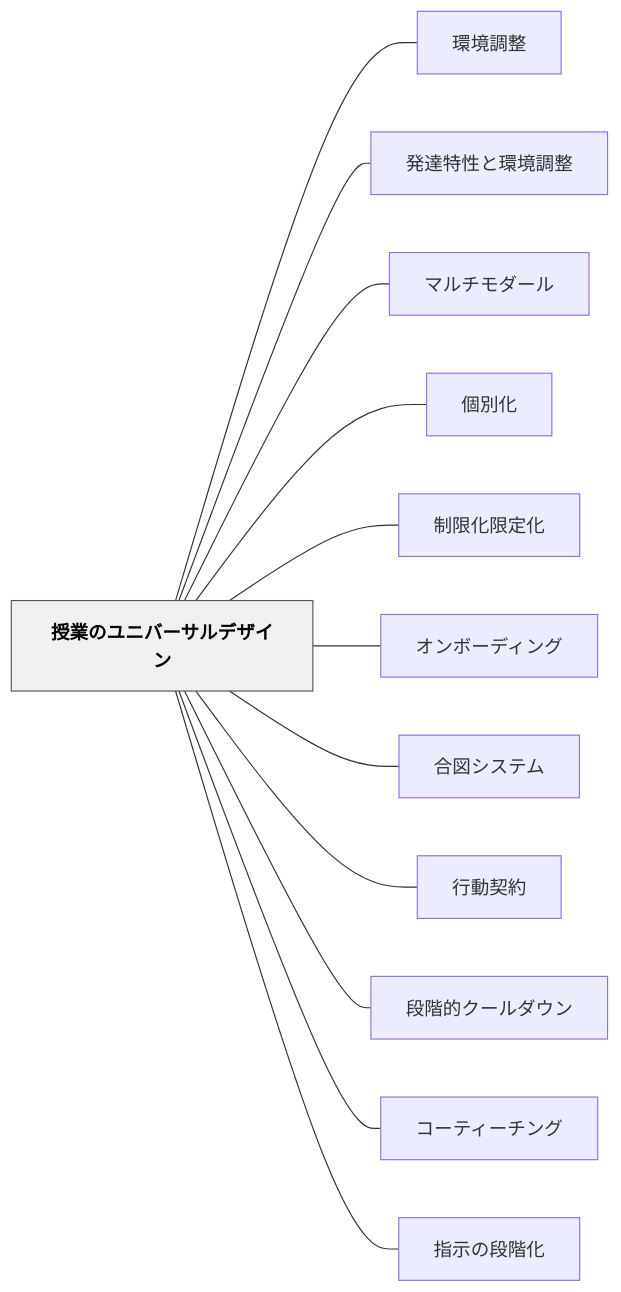
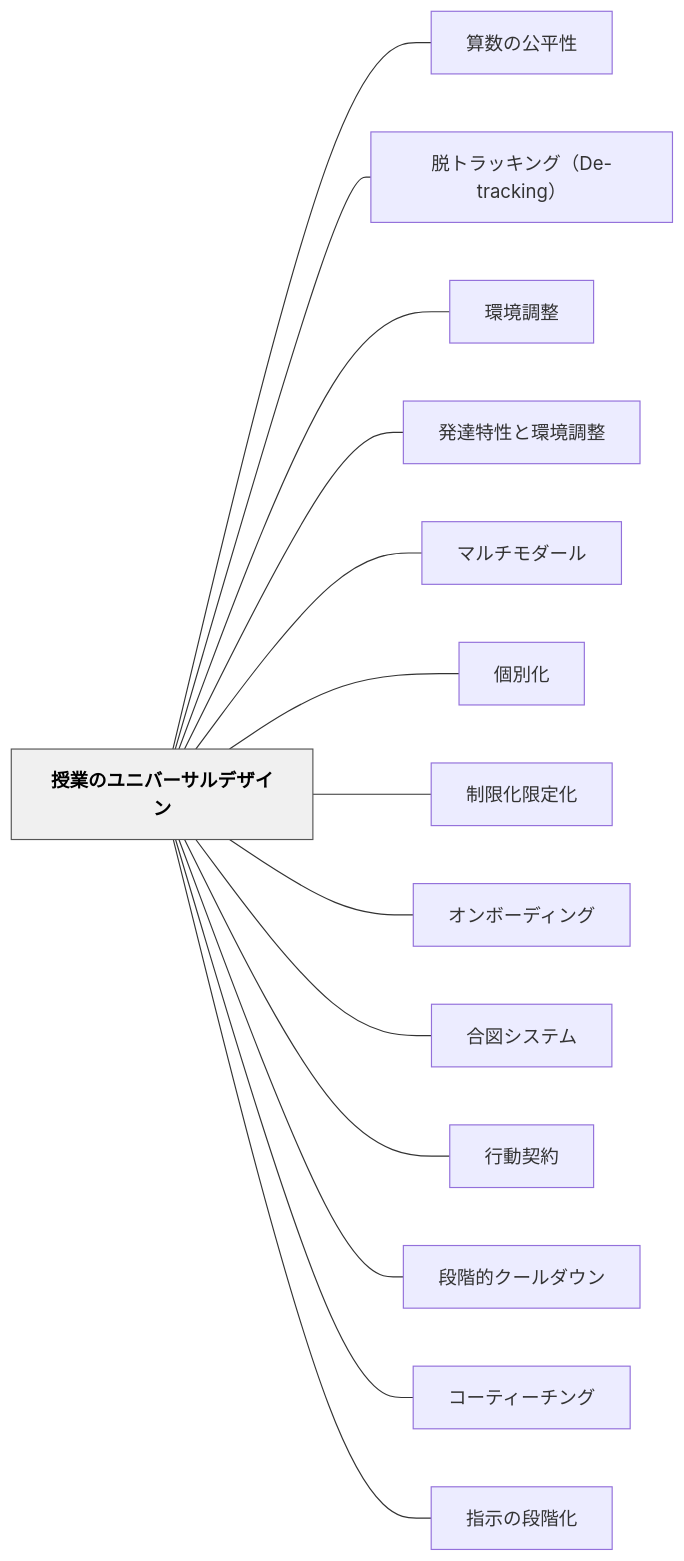
Before and after one commit to unknownthings-ed-patterns/unknownthings-ed-patterns: the diagram in content/パタン/授業のユニバーサルデザイン.md, drawn with Mermaid. The commit also changed other lines of this file and 473 other files, not shown here.

````diff
--- a/content/パタン/授業のユニバーサルデザイン.md
+++ b/content/パタン/授業のユニバーサルデザイン.md
@@ -168,30 +170,34 @@
 ```mermaid
 flowchart LR
     ne68e88e6a5ad["授業のユニバーサルデザイン"]
+    ne7ae97e695b0["算数の公平性"]
+    ne884b1e38388["脱トラッキング（De-tracking）"]
     ne792b0e5a283["環境調整"]
     ne799bae98194["発達特性と環境調整"]
     ne3839ee383ab["マルチモダール"]
     ne5808be588a5["個別化"]
     ne588b6e99990["制限化限定化"]
     ne382aae383b3["オンボーディング"]
     ne59088e59bb3["合図システム"]
     ne8a18ce58b95["行動契約"]
     ne6aeb5e99a8e["段階的クールダウン"]
     ne382b3e383bc["コーティーチング"]
     ne68c87e7a4ba["指示の段階化"]
 
+    ne68e88e6a5ad --- ne7ae97e695b0
+    ne68e88e6a5ad --- ne884b1e38388
     ne68e88e6a5ad --- ne792b0e5a283
     ne68e88e6a5ad --- ne799bae98194
     ne68e88e6a5ad --- ne3839ee383ab
     ne68e88e6a5ad --- ne5808be588a5
     ne68e88e6a5ad --- ne588b6e99990
     ne68e88e6a5ad --- ne382aae383b3
     ne68e88e6a5ad --- ne59088e59bb3
     ne68e88e6a5ad --- ne8a18ce58b95
     ne68e88e6a5ad --- ne6aeb5e99a8e
     ne68e88e6a5ad --- ne382b3e383bc
     ne68e88e6a5ad --- ne68c87e7a4ba
 
     classDef hub fill:#f0f0f0,stroke:#555,color:#000,font-weight:bold
     class ne68e88e6a5ad hub
 ```
````
